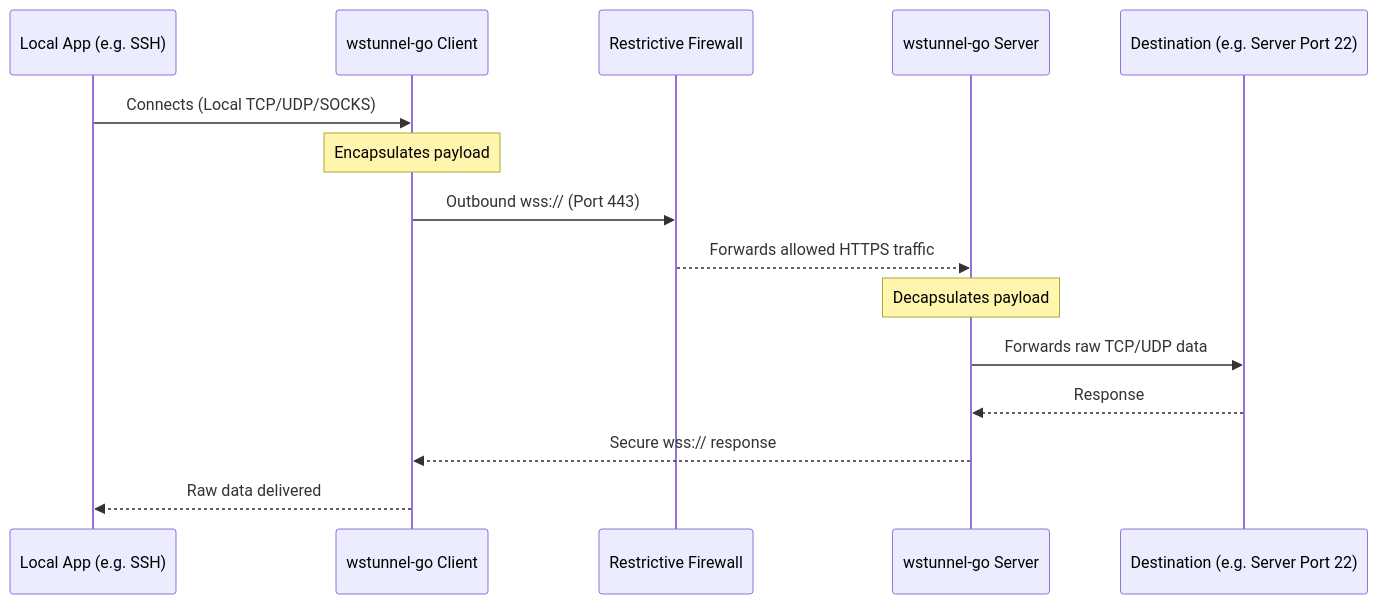
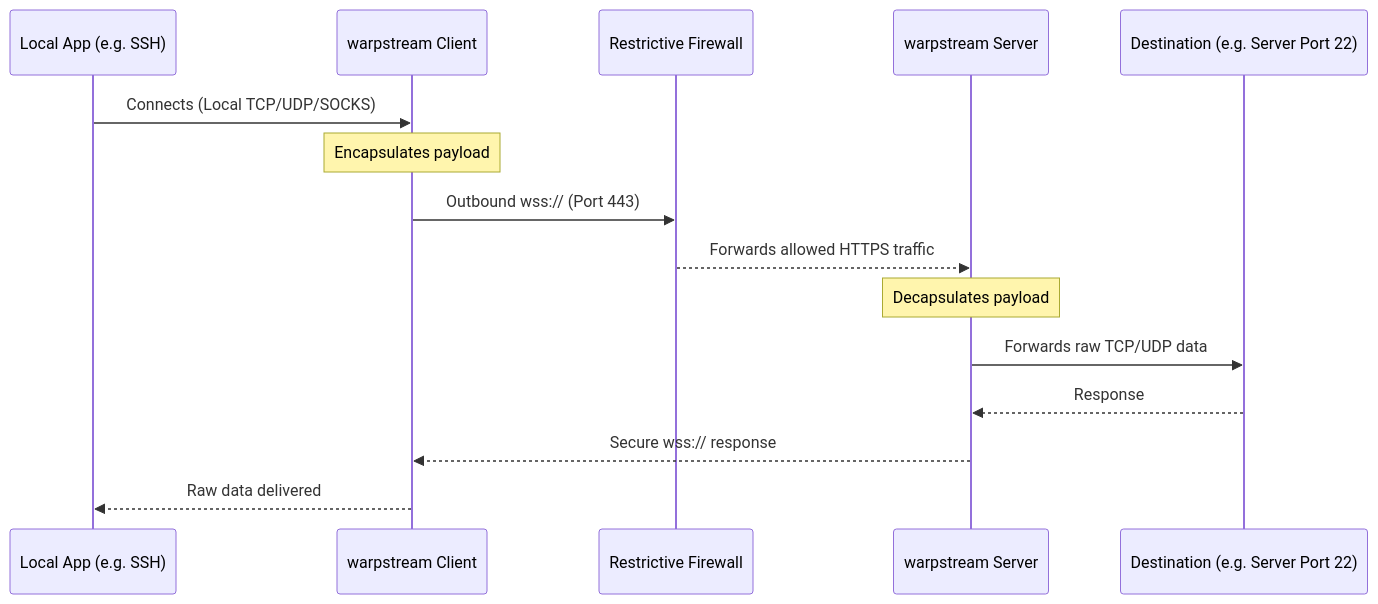
One commit to DsThakurRawat/WarpStream changed the first of 2 diagrams in README.md. Above: the diagram before and after it, drawn with Mermaid. The commit also changed other lines of this file and 28 other files, not shown here.

````diff
--- a/README.md
+++ b/README.md
@@ -52,18 +52,18 @@
 ```mermaid
 sequenceDiagram
     participant App as Local App (e.g. SSH)
-    participant Client as wstunnel-go Client
+    participant Client as warpstream Client
     participant Firewall as Restrictive Firewall
-    participant Server as wstunnel-go Server
+    participant Server as warpstream Server
     participant Dest as Destination (e.g. Server Port 22)
 
     App->>Client: Connects (Local TCP/UDP/SOCKS)
     Note over Client: Encapsulates payload
     Client->>Firewall: Outbound wss:// (Port 443)
     Firewall-->>Server: Forwards allowed HTTPS traffic
     Note over Server: Decapsulates payload
     Server->>Dest: Forwards raw TCP/UDP data
     Dest-->>Server: Response
     Server-->>Client: Secure wss:// response
     Client-->>App: Raw data delivered
 ```
````
